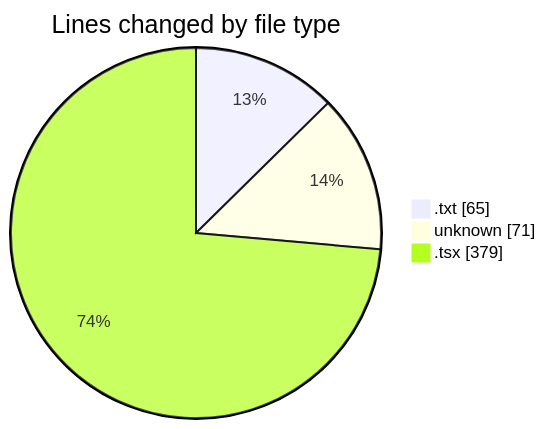
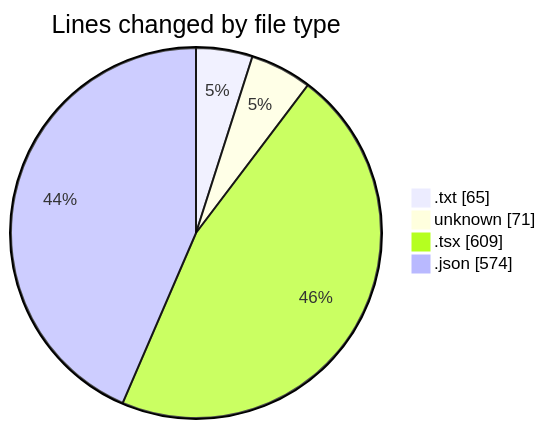
Before and after one commit to CELIANVF/code-tracking: the first of 2 diagrams in 2025-05-22/ecodeli-1/README.md, drawn with Mermaid. The commit also changed other lines of this file and 2 other files, not shown here.

````diff
--- a/2025-05-22/ecodeli-1/README.md
+++ b/2025-05-22/ecodeli-1/README.md
@@ -26,7 +28,8 @@
 ```mermaid
 pie showData
 title Lines changed by file type
 ".txt" : 65
 "unknown" : 71
-".tsx" : 379
+".tsx" : 609
+".json" : 574
 ```
````
